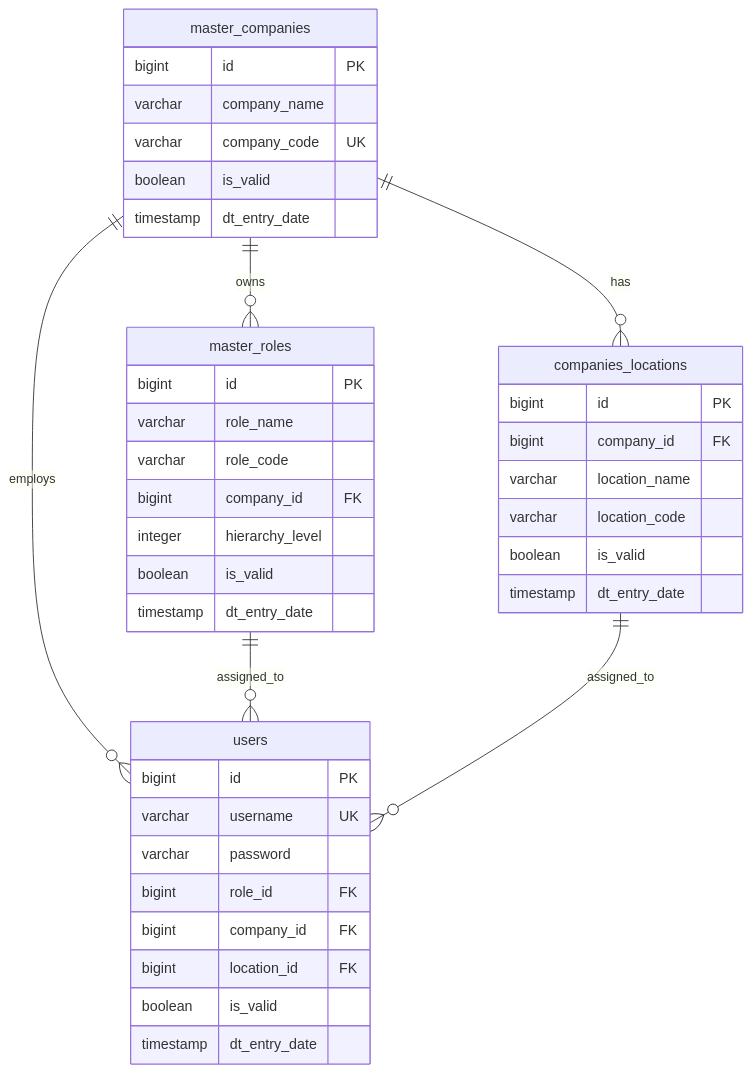
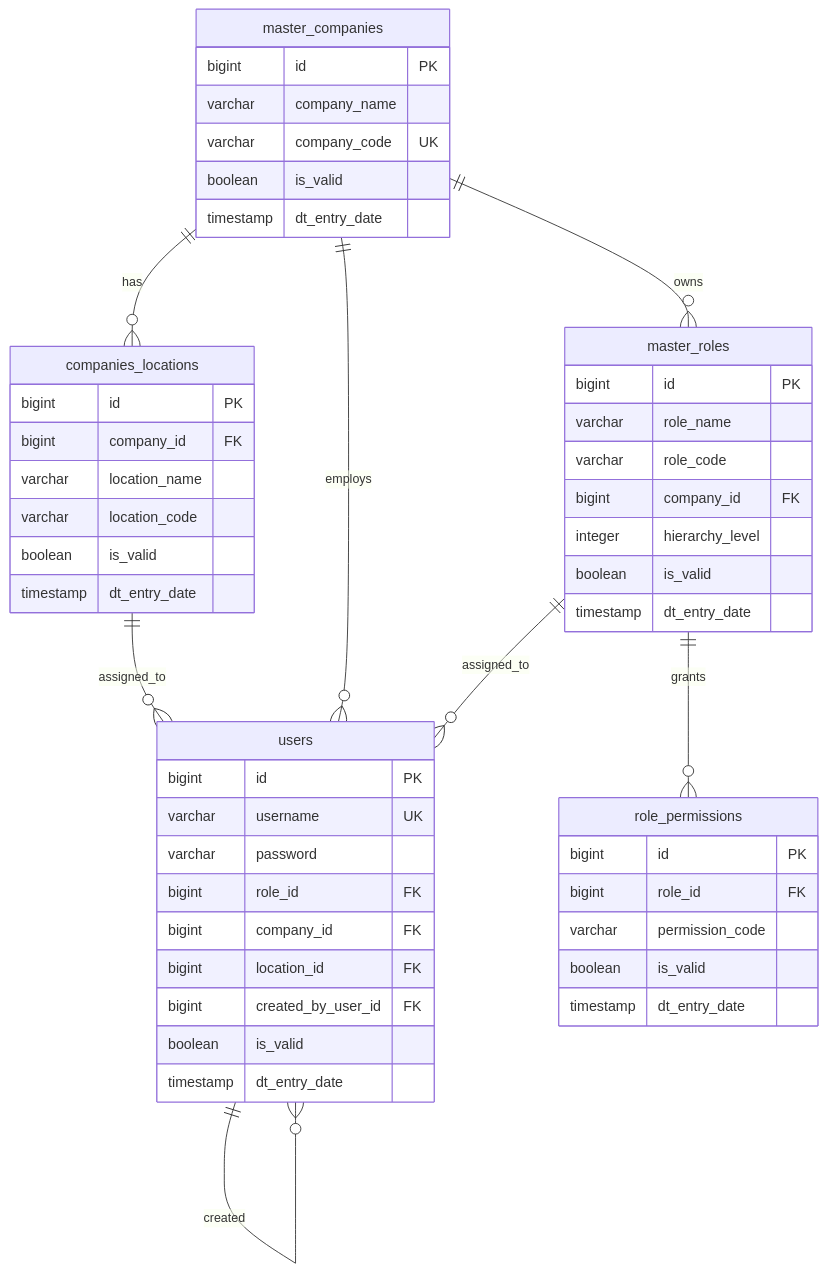
Before and after one commit to govindrajingle/emplence-backend: the diagram in DATABASE_DESIGN.md, drawn with Mermaid. The commit also changed other lines of this file and 3 other files, not shown here.

Commit message:
docs: document hierarchical roles, permissions and migration

````diff
--- a/DATABASE_DESIGN.md
+++ b/DATABASE_DESIGN.md
@@ -192,46 +242,57 @@
 ```mermaid
 erDiagram
     master_companies ||--o{ companies_locations : has
     master_companies ||--o{ users : employs
     master_companies ||--o{ master_roles : owns
     master_roles ||--o{ users : assigned_to
+    master_roles ||--o{ role_permissions : grants
     companies_locations ||--o{ users : assigned_to
+    users ||--o{ users : created
 
     master_companies {
         bigint id PK
         varchar company_name
         varchar company_code UK
         boolean is_valid
         timestamp dt_entry_date
     }
 
     master_roles {
         bigint id PK
         varchar role_name
         varchar role_code
         bigint company_id FK
         integer hierarchy_level
+        boolean is_valid
+        timestamp dt_entry_date
+    }
+
+    role_permissions {
+        bigint id PK
+        bigint role_id FK
+        varchar permission_code
         boolean is_valid
         timestamp dt_entry_date
     }
 
     companies_locations {
         bigint id PK
         bigint company_id FK
         varchar location_name
         varchar location_code
         boolean is_valid
         timestamp dt_entry_date
     }
 
     users {
         bigint id PK
         varchar username UK
         varchar password
         bigint role_id FK
         bigint company_id FK
         bigint location_id FK
+        bigint created_by_user_id FK
         boolean is_valid
         timestamp dt_entry_date
     }
 ```
````
